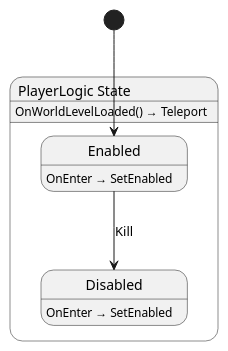
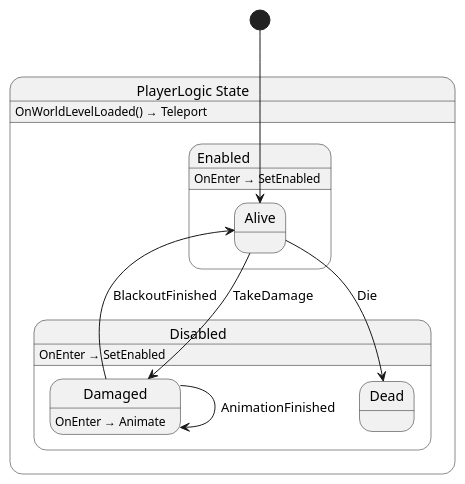
Before and after one commit to nilsiker/yolk: the diagram in Yolk.Logic/Player/PlayerLogic.g.puml, drawn with PlantUML. The commit also changed 1628 other files, not shown here.

Commit message:
wip: messy work on player damage, death and game over

```diff
--- a/Yolk.Logic/Player/PlayerLogic.g.puml
+++ b/Yolk.Logic/Player/PlayerLogic.g.puml
@@ -1,14 +1,23 @@
 @startuml PlayerLogic
 state "PlayerLogic State" as Yolk_Logic_Player_PlayerLogic_State {
-  state "Disabled" as Yolk_Logic_Player_PlayerLogic_State_Disabled
-  state "Enabled" as Yolk_Logic_Player_PlayerLogic_State_Enabled
+  state "Disabled" as Yolk_Logic_Player_PlayerLogic_State_Disabled {
+    state "Damaged" as Yolk_Logic_Player_PlayerLogic_State_Disabled_Damaged
+    state "Dead" as Yolk_Logic_Player_PlayerLogic_State_Disabled_Dead
+  }
+  state "Enabled" as Yolk_Logic_Player_PlayerLogic_State_Enabled {
+    state "Alive" as Yolk_Logic_Player_PlayerLogic_State_Enabled_Alive
+  }
 }
 
-Yolk_Logic_Player_PlayerLogic_State_Enabled --> Yolk_Logic_Player_PlayerLogic_State_Disabled : Kill
+Yolk_Logic_Player_PlayerLogic_State_Disabled_Damaged --> Yolk_Logic_Player_PlayerLogic_State_Disabled_Damaged : AnimationFinished
+Yolk_Logic_Player_PlayerLogic_State_Disabled_Damaged --> Yolk_Logic_Player_PlayerLogic_State_Enabled_Alive : BlackoutFinished
+Yolk_Logic_Player_PlayerLogic_State_Enabled_Alive --> Yolk_Logic_Player_PlayerLogic_State_Disabled_Damaged : TakeDamage
+Yolk_Logic_Player_PlayerLogic_State_Enabled_Alive --> Yolk_Logic_Player_PlayerLogic_State_Disabled_Dead : Die
 
 Yolk_Logic_Player_PlayerLogic_State : OnWorldLevelLoaded() → Teleport
 Yolk_Logic_Player_PlayerLogic_State_Disabled : OnEnter → SetEnabled
+Yolk_Logic_Player_PlayerLogic_State_Disabled_Damaged : OnEnter → Animate
 Yolk_Logic_Player_PlayerLogic_State_Enabled : OnEnter → SetEnabled
 
-[*] --> Yolk_Logic_Player_PlayerLogic_State_Enabled
+[*] --> Yolk_Logic_Player_PlayerLogic_State_Enabled_Alive
 @enduml
```
